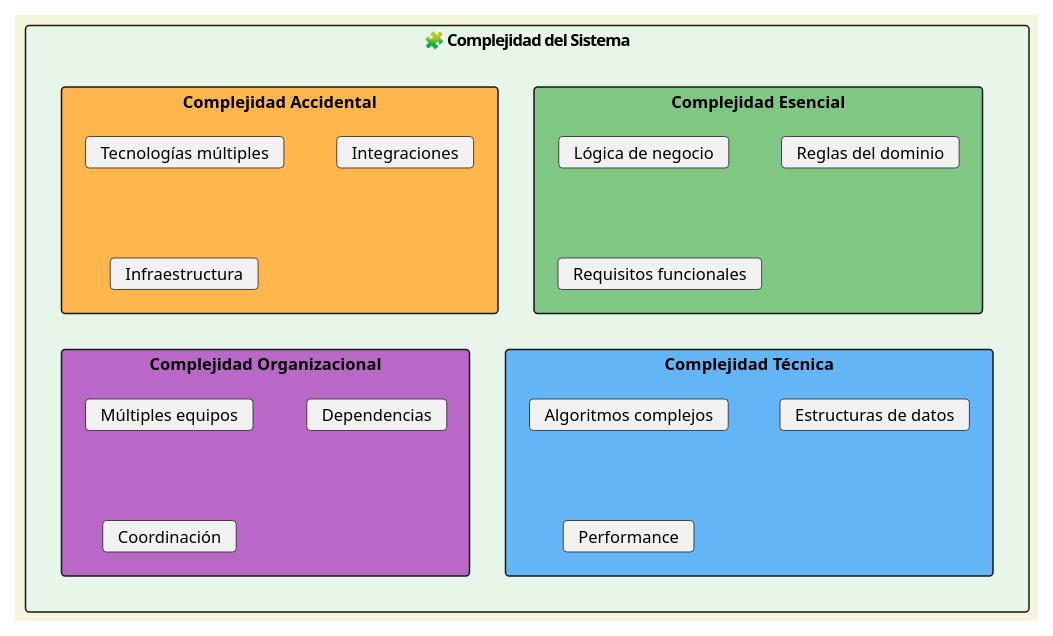
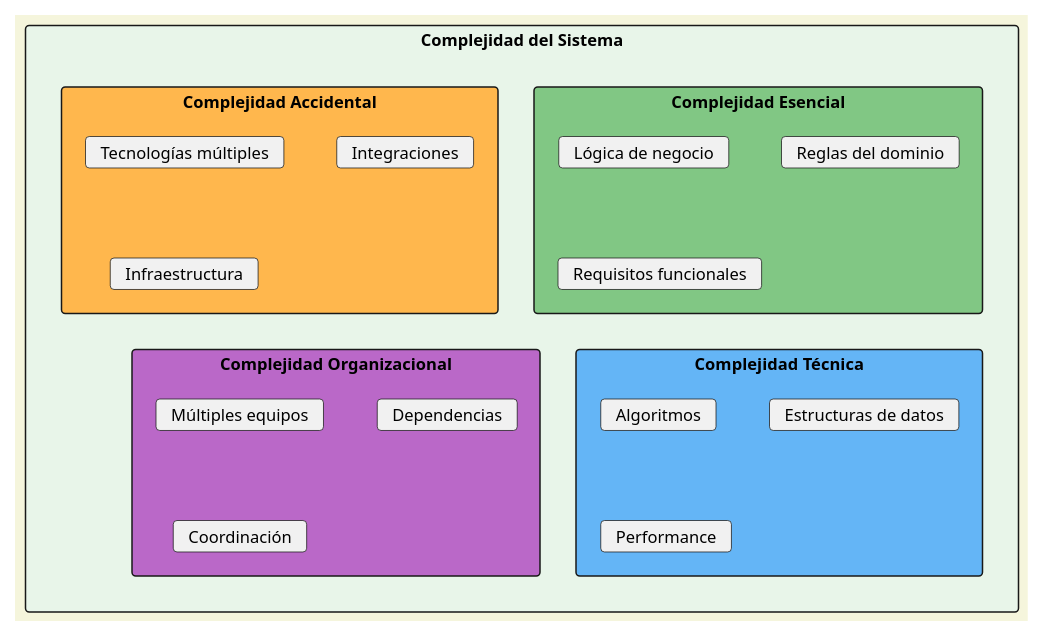
One commit to deguidev/deguidocs changed the first of 4 diagrams in src/content/docs/is/ingenieria/desafios-desarrollo.mdx. Above: the diagram before and after it, drawn with PlantUML. The commit also changed other lines of this file and 1 other file, not shown here.

```diff
--- a/src/content/docs/is/ingenieria/desafios-desarrollo.mdx
+++ b/src/content/docs/is/ingenieria/desafios-desarrollo.mdx
@@ -23,31 +26,31 @@
 @startuml
 skinparam backgroundColor beige
 skinparam defaultFontSize 11
 
-rectangle "🧩 Complejidad del Sistema" as comp #E8F5E9 {
+rectangle "Complejidad del Sistema" as comp #E8F5E9 {
   rectangle "Complejidad Esencial" as esencial #81C784 {
     card "Lógica de negocio"
     card "Reglas del dominio"
     card "Requisitos funcionales"
   }
   
   rectangle "Complejidad Accidental" as accidental #FFB74D {
     card "Tecnologías múltiples"
     card "Integraciones"
     card "Infraestructura"
   }
   
   rectangle "Complejidad Técnica" as tecnica #64B5F6 {
-    card "Algoritmos complejos"
+    card "Algoritmos"
     card "Estructuras de datos"
     card "Performance"
   }
   
   rectangle "Complejidad Organizacional" as org #BA68C8 {
     card "Múltiples equipos"
     card "Dependencias"
     card "Coordinación"
   }
 }
 
 @enduml
```
